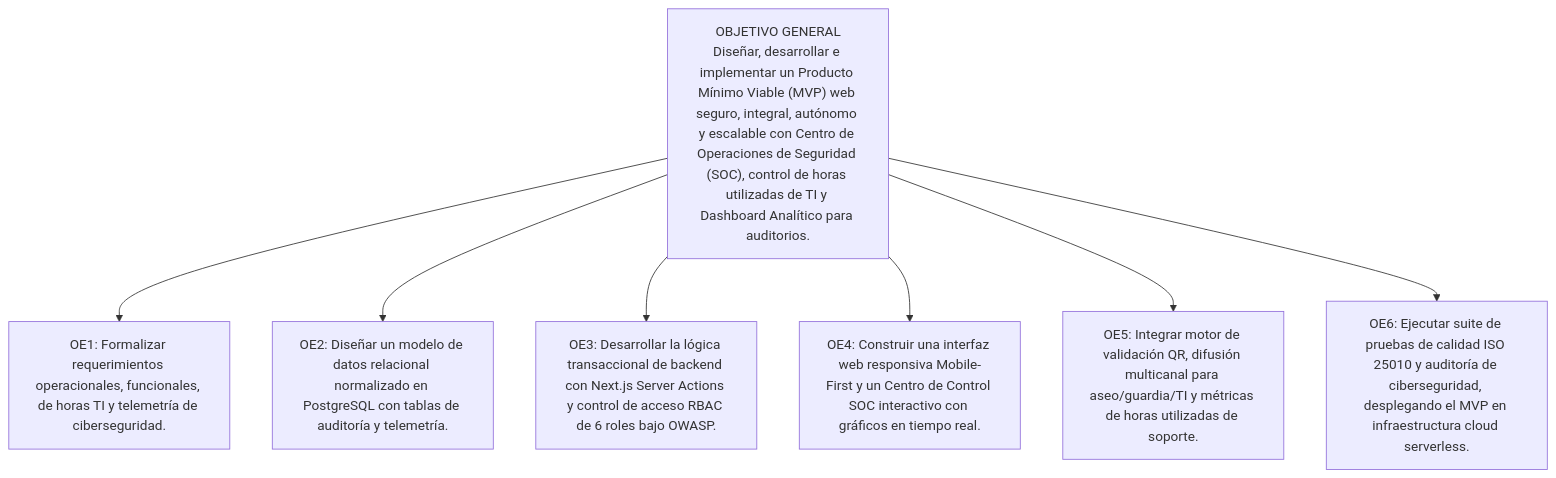
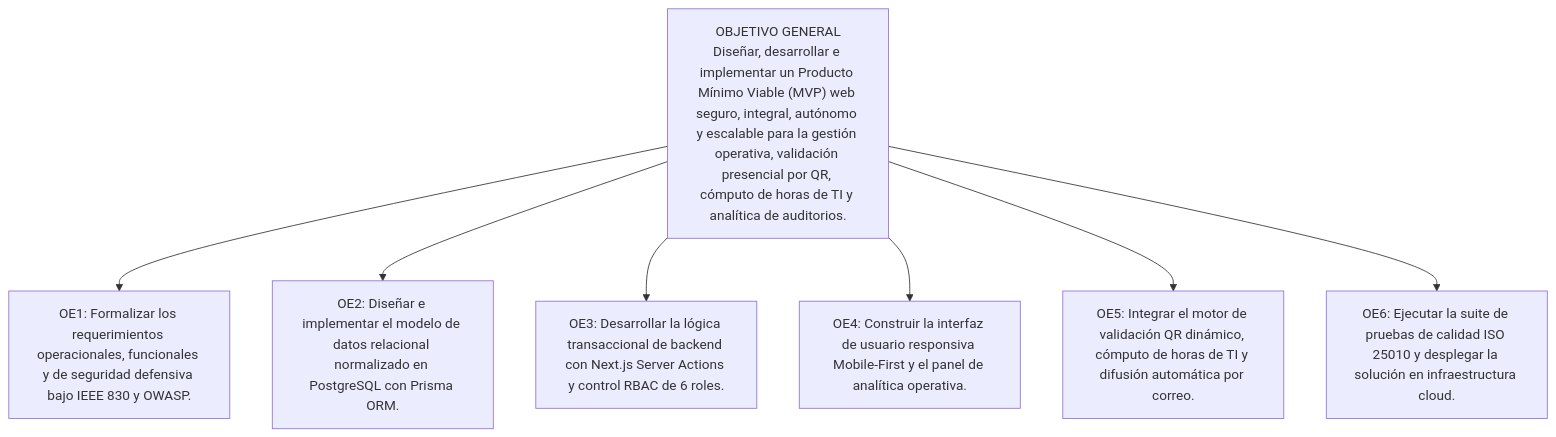
One commit to IMANDOI/sistema-gestion-auditorios-capstone changed the fourth of 12 diagrams in informe_fase_1_definicion_proyecto.md. Above: the diagram before and after it, drawn with Mermaid. The commit also changed other lines of this file, not shown here.

````diff
--- a/informe_fase_1_definicion_proyecto.md
+++ b/informe_fase_1_definicion_proyecto.md
@@ -186,11 +182,11 @@
 ```mermaid
 graph TD
-    OG["OBJETIVO GENERAL<br>Diseñar, desarrollar e implementar un Producto Mínimo Viable (MVP) web seguro, integral, autónomo y escalable con Centro de Operaciones de Seguridad (SOC), control de horas utilizadas de TI y Dashboard Analítico para auditorios."]
+    OG["OBJETIVO GENERAL<br>Diseñar, desarrollar e implementar un Producto Mínimo Viable (MVP) web seguro, integral, autónomo y escalable para la gestión operativa, validación presencial por QR, cómputo de horas de TI y analítica de auditorios."]
     
-    OG --> OE1["OE1: Formalizar requerimientos operacionales, funcionales, de horas TI y telemetría de ciberseguridad."]
-    OG --> OE2["OE2: Diseñar un modelo de datos relacional normalizado en PostgreSQL con tablas de auditoría y telemetría."]
-    OG --> OE3["OE3: Desarrollar la lógica transaccional de backend con Next.js Server Actions y control de acceso RBAC de 6 roles bajo OWASP."]
-    OG --> OE4["OE4: Construir una interfaz web responsiva Mobile-First y un Centro de Control SOC interactivo con gráficos en tiempo real."]
-    OG --> OE5["OE5: Integrar motor de validación QR, difusión multicanal para aseo/guardia/TI y métricas de horas utilizadas de soporte."]
-    OG --> OE6["OE6: Ejecutar suite de pruebas de calidad ISO 25010 y auditoría de ciberseguridad, desplegando el MVP en infraestructura cloud serverless."]
+    OG --> OE1["OE1: Formalizar los requerimientos operacionales, funcionales y de seguridad defensiva bajo IEEE 830 y OWASP."]
+    OG --> OE2["OE2: Diseñar e implementar el modelo de datos relacional normalizado en PostgreSQL con Prisma ORM."]
+    OG --> OE3["OE3: Desarrollar la lógica transaccional de backend con Next.js Server Actions y control RBAC de 6 roles."]
+    OG --> OE4["OE4: Construir la interfaz de usuario responsiva Mobile-First y el panel de analítica operativa."]
+    OG --> OE5["OE5: Integrar el motor de validación QR dinámico, cómputo de horas de TI y difusión automática por correo."]
+    OG --> OE6["OE6: Ejecutar la suite de pruebas de calidad ISO 25010 y desplegar la solución en infraestructura cloud."]
 ```
````
